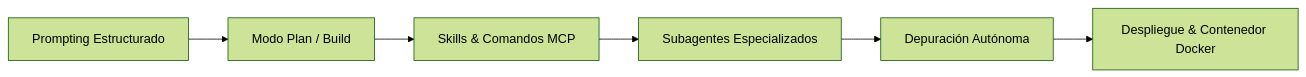
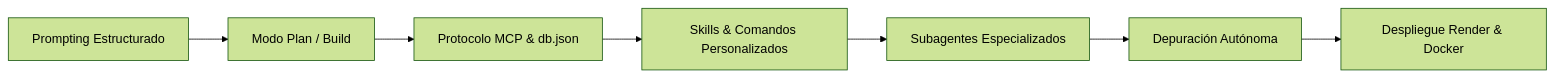
The first of 2 diagrams in README.md (bracebalDev/sistema_gestion_pacientes_bariatricos), drawn with Mermaid (forest theme) before and after one commit. The commit also changed other lines of this file and 2 other files, not shown here.

Commit message:
docs: documentar ecosistema de agentes, skills, comandos y protocolo MCP y compilar nuevo PDF

````diff
--- a/README.md
+++ b/README.md
@@ -62,8 +58,9 @@
 ```mermaid
 flowchart LR
     A[Prompting Estructurado] --> B[Modo Plan / Build]
-    B --> C[Skills & Comandos MCP]
-    C --> D[Subagentes Especializados]
-    D --> E[Depuración Autónoma]
-    E --> F[Despliegue & Contenedor Docker]
+    B --> C[Protocolo MCP & db.json]
+    C --> D[Skills & Comandos Personalizados]
+    D --> E[Subagentes Especializados]
+    E --> F[Depuración Autónoma]
+    F --> G[Despliegue Render & Docker]
 ```
````
